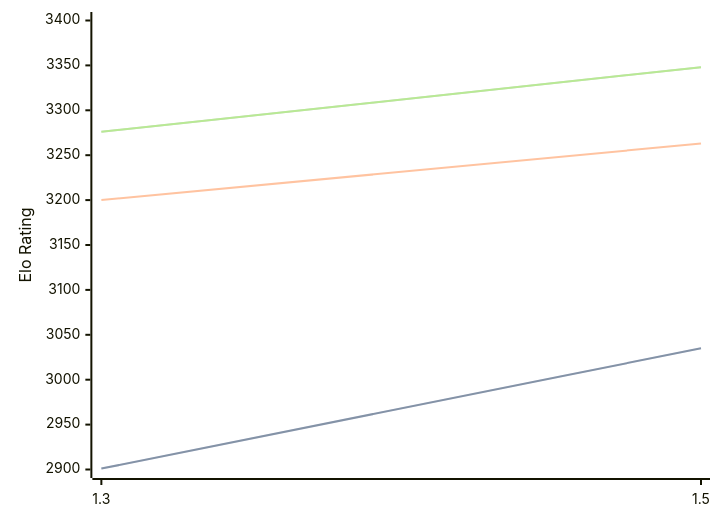
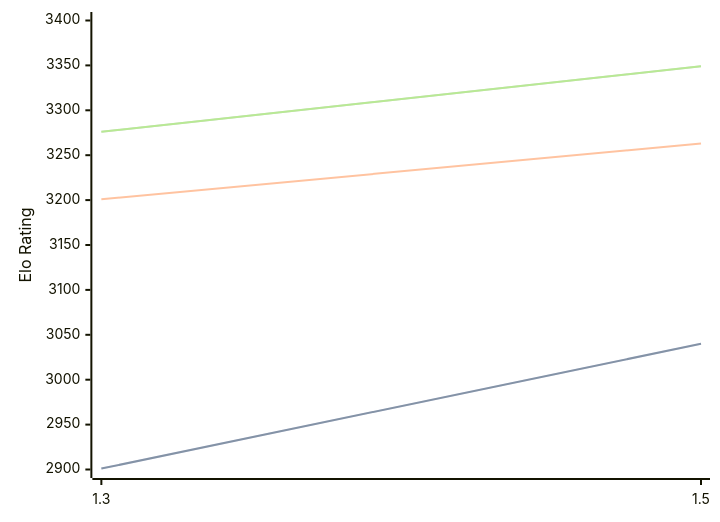
One commit to computer-chess-index/cci changed the diagram in engines/Lambergar.md. Above: the diagram before and after it, drawn with Mermaid. The commit also changed other lines of this file, not shown here.

Commit message:
Update CCI Ratings (ELO VLTC) - 2026-07-31

````diff
--- a/engines/Lambergar.md
+++ b/engines/Lambergar.md
@@ -44,11 +44,11 @@
 ```mermaid
 %%{init: {"theme":"base","themeVariables":{"seriesColors:['#a3a3a3','#222221','#faa371']}}}%%
 xychart-beta
   x-axis ["1.3", "1.5"]
   y-axis "Elo Rating" 2900 --> 3400
-  line "STC (8.0+0.08s)" [2901, 3035]
-  line "STC (8.0+0.08s)" [2901, 3035]
-  line "LTC (60.0+0.60s)" [3200, 3263]
-  line "VLTC (2m24s+1.12s)" [3276, 3348]
-  line "VLTC (2m24s+1.12s)" [3276, 3348]
+  line "STC (8.0+0.08s)" [2901, 3040]
+  line "STC (8.0+0.08s)" [2901, 3040]
+  line "LTC (60.0+0.60s)" [3201, 3263]
+  line "VLTC (2m24s+1.12s)" [3276, 3349]
+  line "VLTC (2m24s+1.12s)" [3276, 3349]
 ```
````
